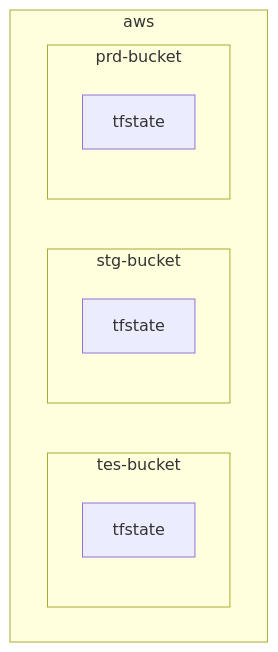
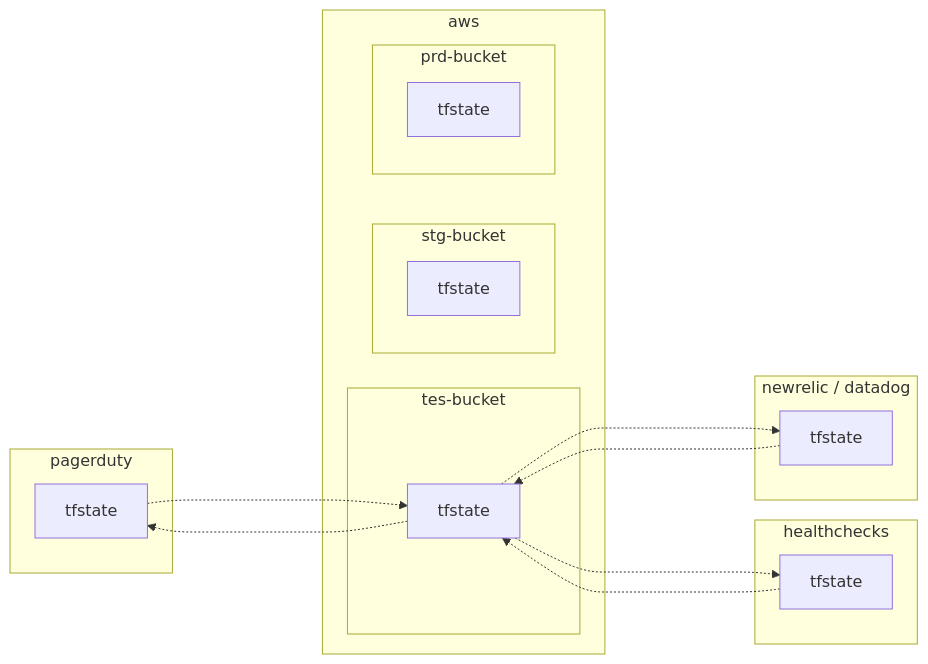
Before and after one commit to hiroki-it/hatenablog: the sixth of 7 diagrams in dist/draft/Terraformのtfstateファイルの分割手法.md, drawn with Mermaid. The commit also changed other lines of this file, not shown here.

````diff
--- a/dist/draft/Terraformのtfstateファイルの分割手法.md
+++ b/dist/draft/Terraformのtfstateファイルの分割手法.md
@@ -600,15 +592,30 @@
 ```mermaid
 %%{init:{'theme':'natural'}}%%
-flowchart TB
+flowchart LR
+    subgraph pagerduty
+        PagerDuty["tfstate"]
+    end
+    subgraph healthchecks
+        Healthchecks[tfstate]
+    end
+    subgraph newrelic / datadog
+        Newrelic_Datadog[tfstate]
+    end
     subgraph aws
         subgraph tes-bucket
             Tes[tfstate]
         end
         subgraph stg-bucket
             Stg[tfstate]
         end
         subgraph prd-bucket
             Prd[tfstate]
         end
     end
+    Tes -...-> Newrelic_Datadog
+    Tes -...-> Healthchecks
+    Tes -...-> PagerDuty
+    Newrelic_Datadog -...-> Tes
+    Healthchecks -...-> Tes
+    PagerDuty -...-> Tes
 ```
````
